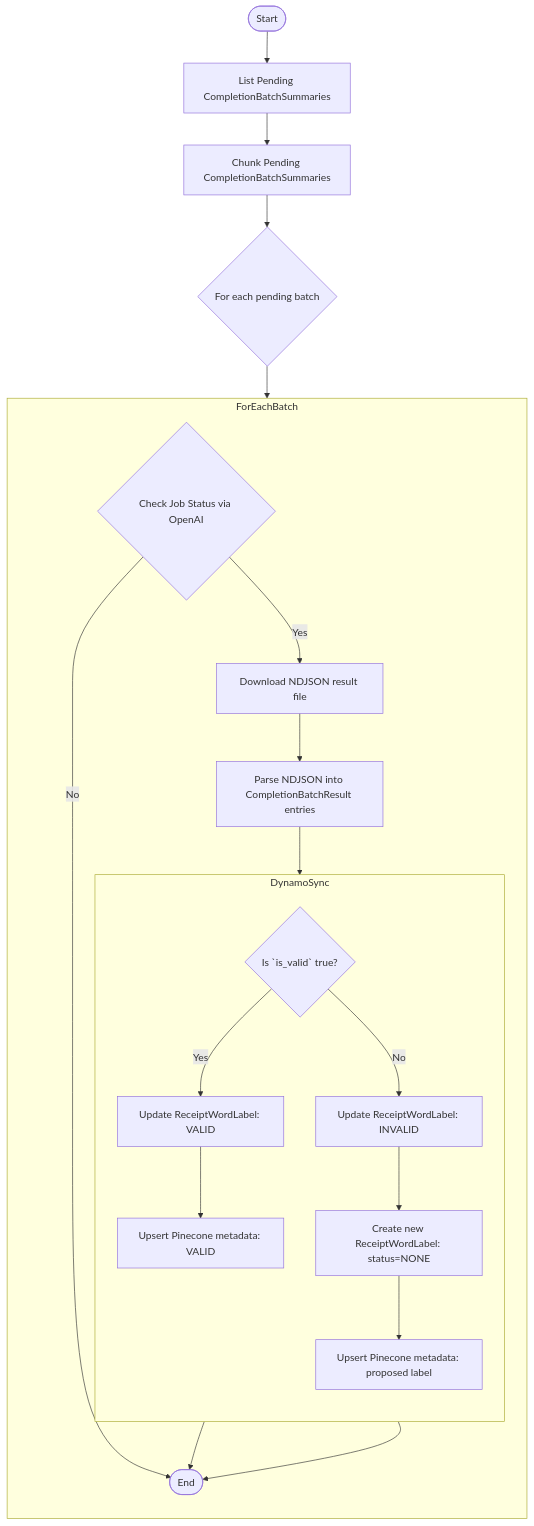
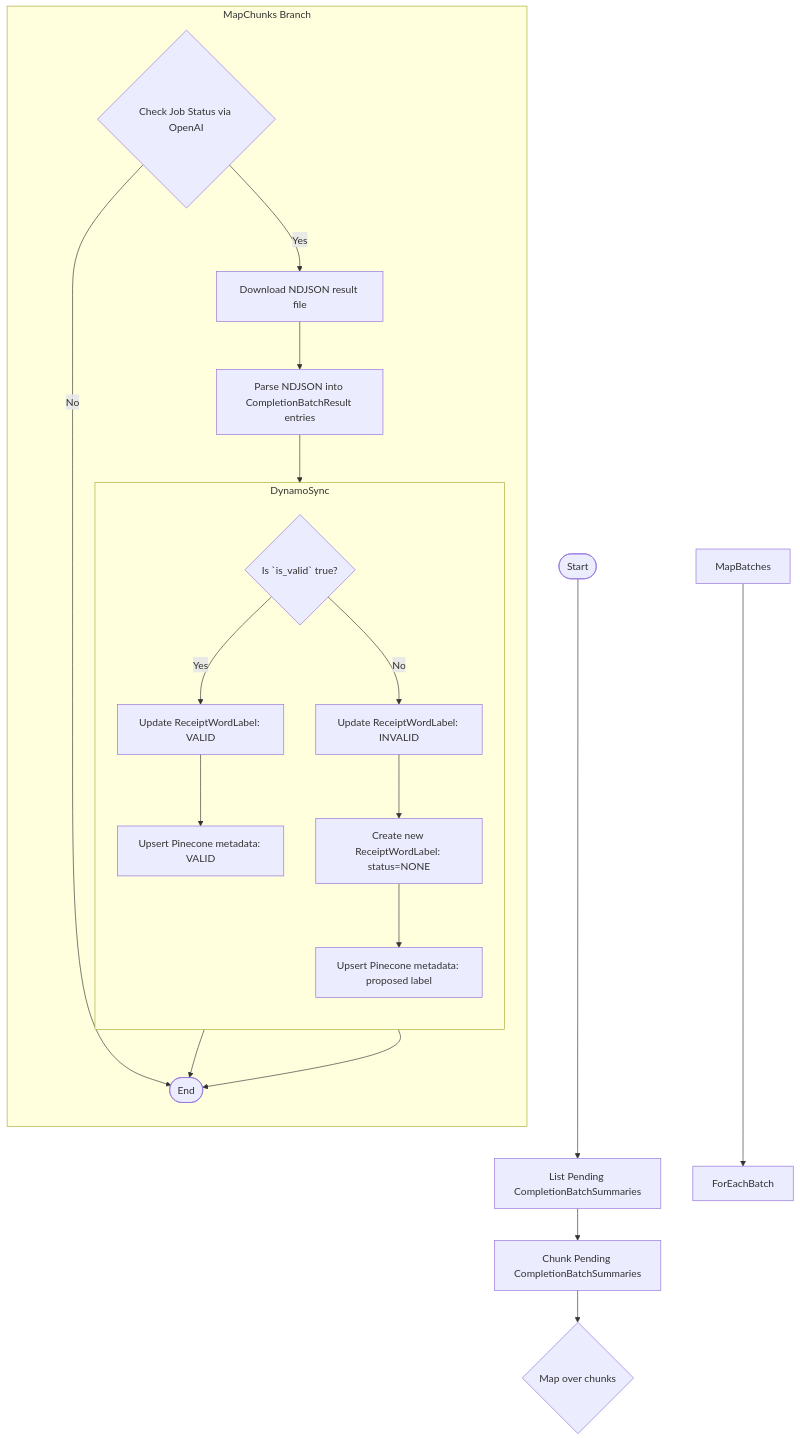
Before and after one commit to tnorlund/Portfolio: the diagram in receipt_label/receipt_label/poll_completion_batch/README.md, drawn with Mermaid.

````diff
--- a/receipt_label/receipt_label/poll_completion_batch/README.md
+++ b/receipt_label/receipt_label/poll_completion_batch/README.md
@@ -17,29 +17,29 @@
 ```mermaid
     flowchart TB
         Start([Start]) --> ListPending["List Pending CompletionBatchSummaries"]
         ListPending --> ChunkPending["Chunk Pending CompletionBatchSummaries"]
-        ChunkPending --> MapBatches{"For each pending batch"}
+        ChunkPending --> MapChunks{"Map over chunks"}
 
-        subgraph ForEachBatch
+        subgraph MapChunks Branch
             direction TB
             CheckStatus{"Check Job Status via OpenAI"}
             CheckStatus -- No --> End([End])
             CheckStatus -- Yes --> Download["Download NDJSON result file"]
             Download --> ParseResults["Parse NDJSON into CompletionBatchResult entries"]
             ParseResults --> ForEachResult{"Is `is_valid` true?"}
 
             subgraph DynamoSync
                 direction TB
                 ForEachResult -- Yes --> UpdateValid["Update ReceiptWordLabel: VALID"]
                 UpdateValid --> UpsertPineconeValid["Upsert Pinecone metadata: VALID"]
                 ForEachResult -- No --> UpdateInvalid["Update ReceiptWordLabel: INVALID"]
                 UpdateInvalid --> CreateProposed["Create new ReceiptWordLabel: status=NONE"]
                 CreateProposed --> UpsertPineconeInvalid["Upsert Pinecone metadata: proposed label"]
             end
 
             UpsertPineconeValid --> End
             UpsertPineconeInvalid --> End
         end
 
         MapBatches --> ForEachBatch
 ```
````
